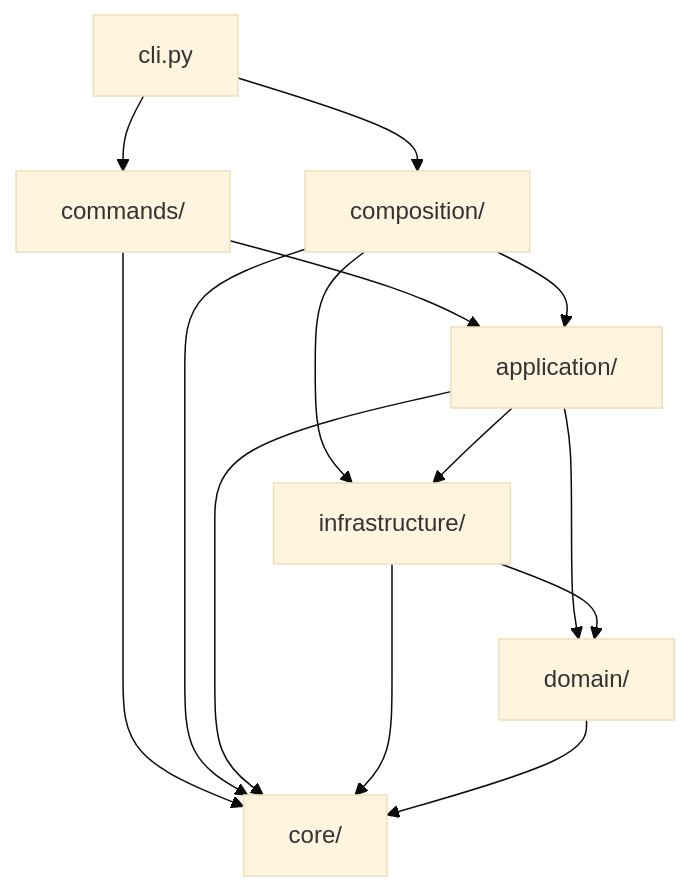
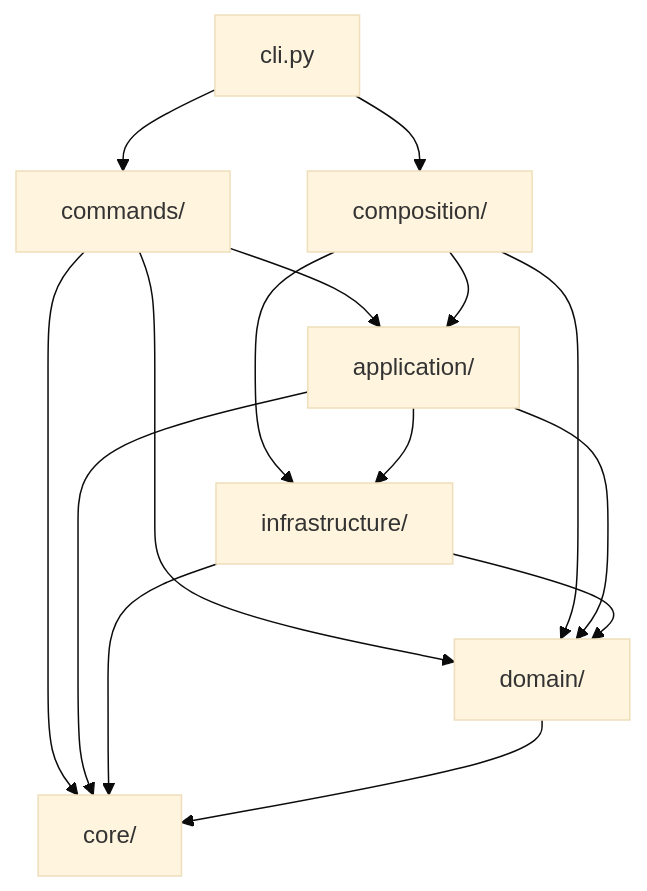
The first of 9 diagrams in docs/architecture.md (nyml2003/work-context), drawn with Mermaid (base theme) before and after one commit. The commit also changed other lines of this file and 34 other files, not shown here.

````diff
--- a/docs/architecture.md
+++ b/docs/architecture.md
@@ -31,24 +43,25 @@
 ```mermaid
 flowchart TD
     CLI["cli.py"]
     Composition["composition/"]
     Commands["commands/"]
     Application["application/"]
     Domain["domain/"]
     Infrastructure["infrastructure/"]
     Core["core/"]
 
     CLI --> Commands
     CLI --> Composition
     Commands --> Application
+    Commands --> Domain
     Commands --> Core
     Composition --> Application
     Composition --> Infrastructure
-    Composition --> Core
+    Composition --> Domain
     Application --> Domain
     Application --> Infrastructure
     Application --> Core
     Infrastructure --> Domain
     Infrastructure --> Core
     Domain --> Core
 ```
````
